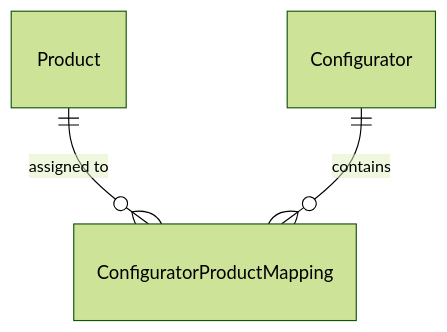
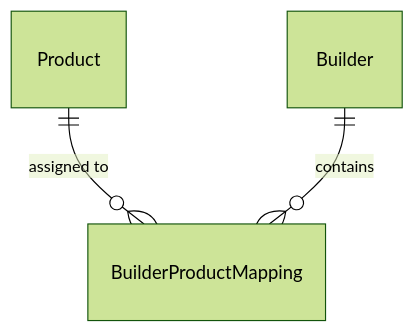
Before and after one commit to Rafiester/product_configurator_engine: the diagram in docs/DATABASE.md, drawn with Mermaid (forest theme). The commit also changed other lines of this file and 6 other files, not shown here.

````diff
--- a/docs/DATABASE.md
+++ b/docs/DATABASE.md
@@ -48,5 +55,5 @@
 ```mermaid
 erDiagram
-    Product ||--o{ ConfiguratorProductMapping : "assigned to"
-    Configurator ||--o{ ConfiguratorProductMapping : "contains"
+    Product ||--o{ BuilderProductMapping : "assigned to"
+    Builder ||--o{ BuilderProductMapping : "contains"
 ```
````
